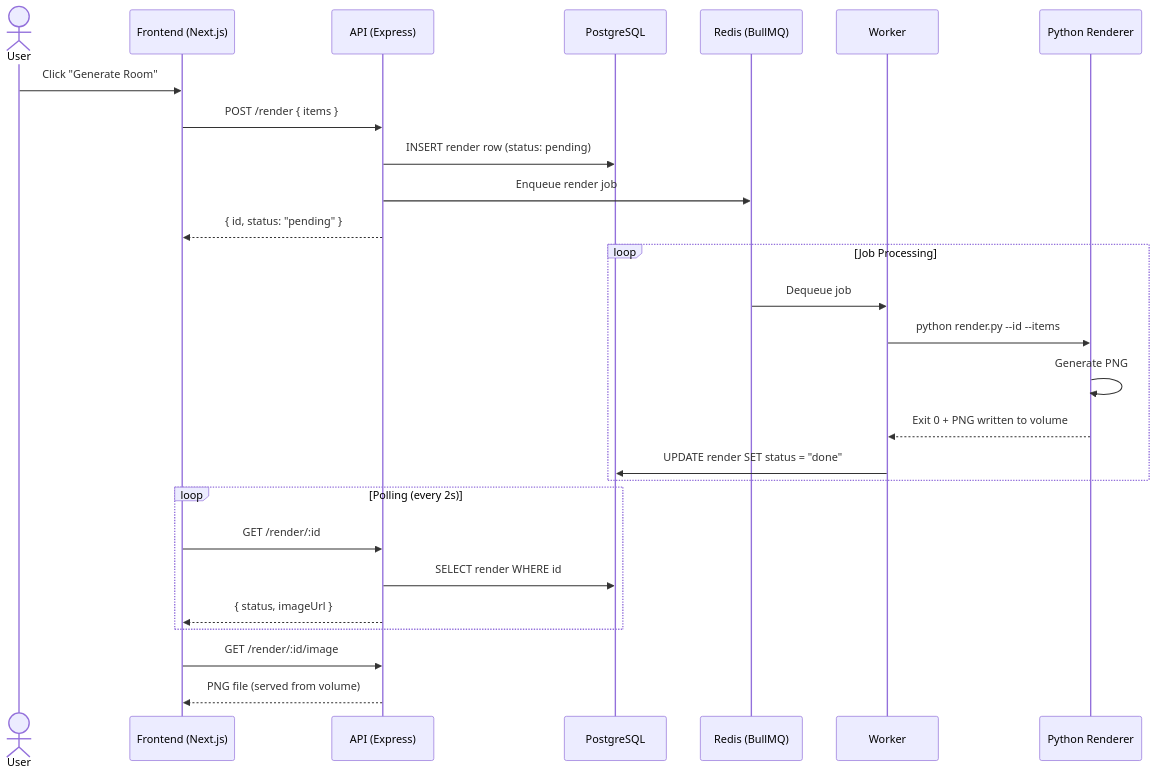
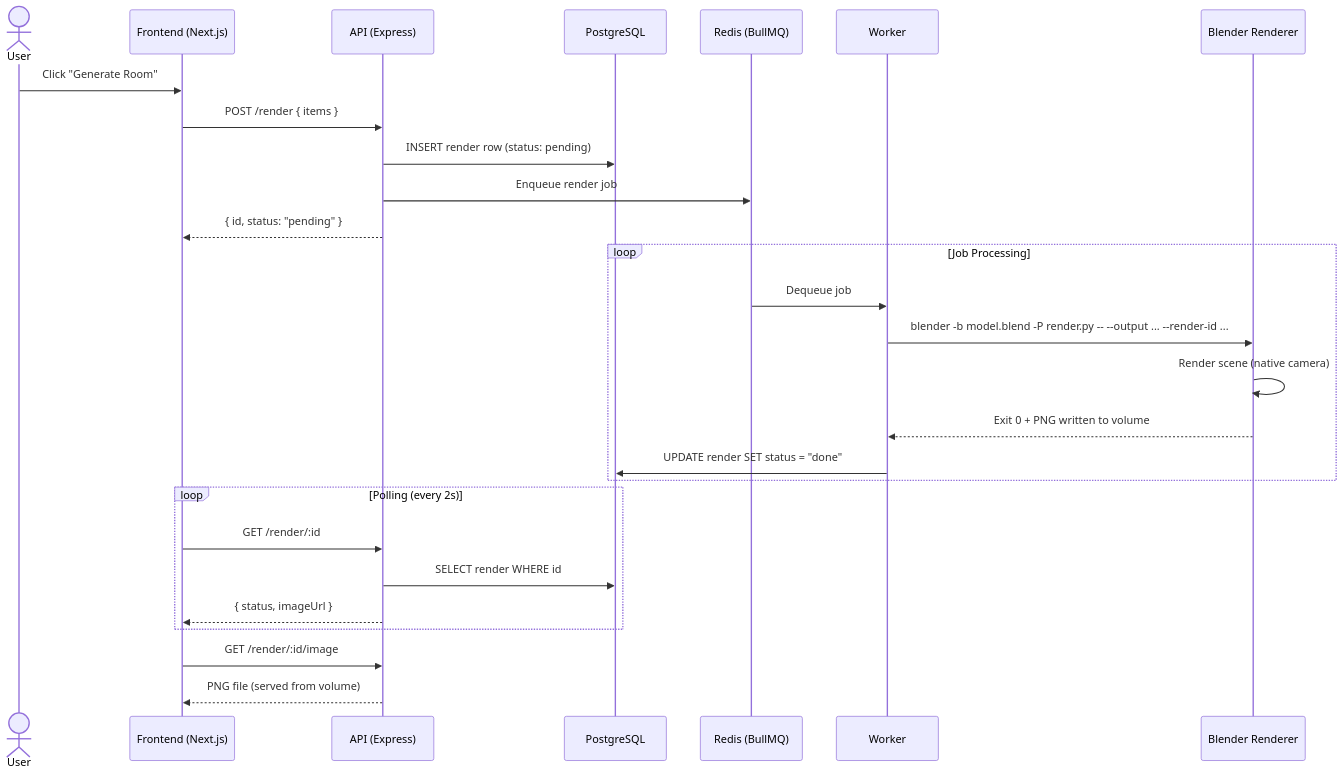
Before and after one commit to giovanizaghi/3d-room-platform: the second of 2 diagrams in docs/architecture/01-overview.md, drawn with Mermaid. The commit also changed other lines of this file and 27 other files, not shown here.

First line of the commit message:
feat: add Model3D model and update Render model with foreign key

````diff
--- a/docs/architecture/01-overview.md
+++ b/docs/architecture/01-overview.md
@@ -35,33 +35,33 @@
 ```mermaid
 sequenceDiagram
     actor User
     participant FE as Frontend (Next.js)
     participant API as API (Express)
     participant DB as PostgreSQL
     participant Q as Redis (BullMQ)
     participant W as Worker
-    participant R as Python Renderer
+    participant R as Blender Renderer
 
     User->>FE: Click "Generate Room"
     FE->>API: POST /render { items }
     API->>DB: INSERT render row (status: pending)
     API->>Q: Enqueue render job
     API-->>FE: { id, status: "pending" }
 
     loop Job Processing
         Q->>W: Dequeue job
-        W->>R: python render.py --id --items
-        R->>R: Generate PNG
+        W->>R: blender -b model.blend -P render.py -- --output ... --render-id ...
+        R->>R: Render scene (native camera)
         R-->>W: Exit 0 + PNG written to volume
         W->>DB: UPDATE render SET status = "done"
     end
 
     loop Polling (every 2s)
         FE->>API: GET /render/:id
         API->>DB: SELECT render WHERE id
         API-->>FE: { status, imageUrl }
     end
 
     FE->>API: GET /render/:id/image
     API-->>FE: PNG file (served from volume)
 ```
````
